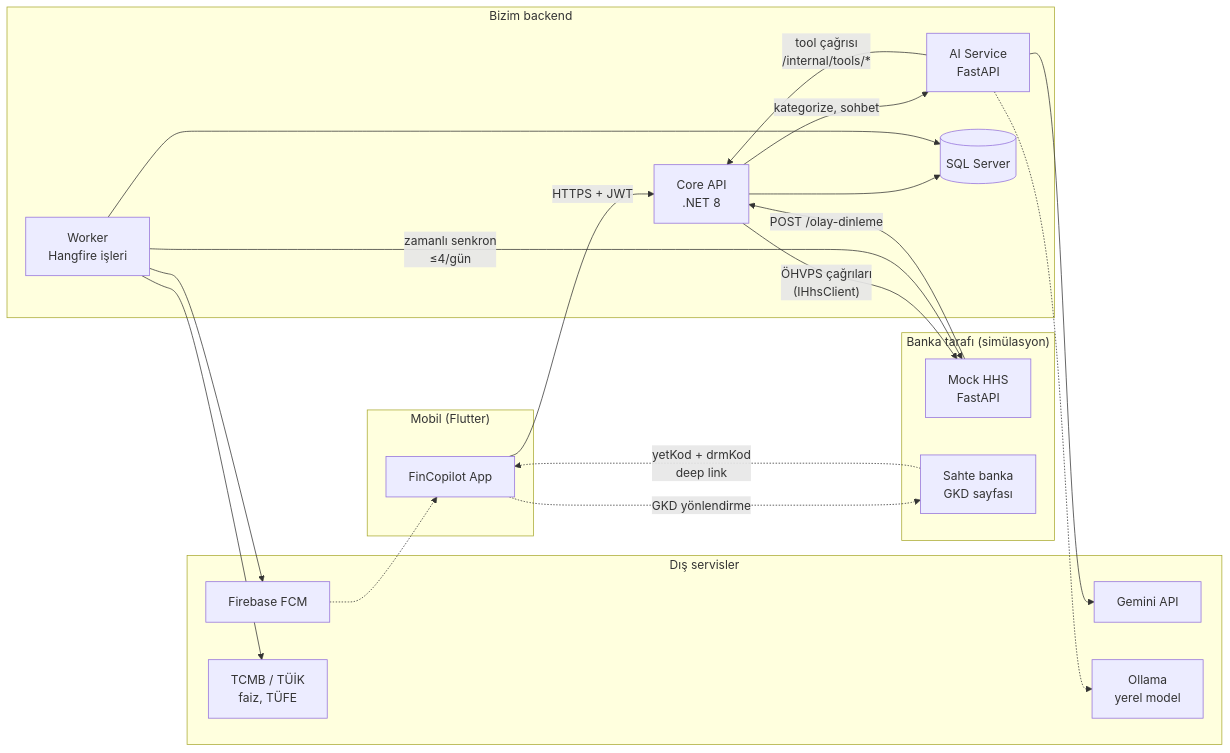
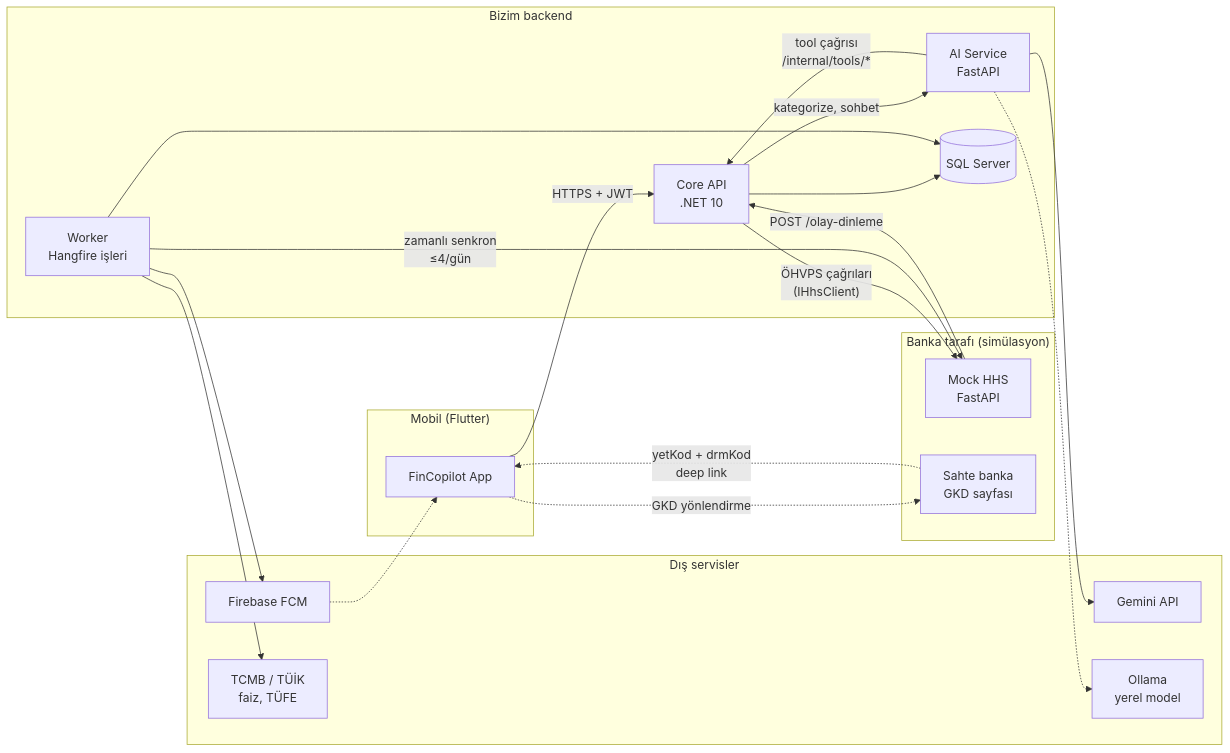
Before and after one commit to Burakhan7/FinCopilot: the first of 5 diagrams in docs/mimari.md, drawn with Mermaid. The commit also changed other lines of this file and 53 other files, not shown here.

Commit message:
api: .NET 10 solution iskeleti, ilk migration ve testler

````diff
--- a/docs/mimari.md
+++ b/docs/mimari.md
@@ -7,44 +7,44 @@
 ```mermaid
 flowchart LR
     subgraph Client["Mobil (Flutter)"]
         APP["FinCopilot App"]
     end
 
     subgraph Backend["Bizim backend"]
-        API["Core API<br/>.NET 8"]
+        API["Core API<br/>.NET 10"]
         WORKER["Worker<br/>Hangfire işleri"]
         AI["AI Service<br/>FastAPI"]
         DB[("SQL Server")]
     end
 
     subgraph Bank["Banka tarafı (simülasyon)"]
         HHS["Mock HHS<br/>FastAPI"]
         GKD["Sahte banka<br/>GKD sayfası"]
     end
 
     subgraph External["Dış servisler"]
         LLM["Gemini API"]
         OLLAMA["Ollama<br/>yerel model"]
         FCM["Firebase FCM"]
         TUIK["TCMB / TÜİK<br/>faiz, TÜFE"]
     end
 
     APP -- "HTTPS + JWT" --> API
     APP -. "GKD yönlendirme" .-> GKD
     GKD -. "yetKod + drmKod<br/>deep link" .-> APP
 
     API --> DB
     WORKER --> DB
     API -- "ÖHVPS çağrıları<br/>(IHhsClient)" --> HHS
     WORKER -- "zamanlı senkron<br/>≤4/gün" --> HHS
     HHS -- "POST /olay-dinleme" --> API
 
     API -- "kategorize, sohbet" --> AI
     AI -- "tool çağrısı<br/>/internal/tools/*" --> API
     AI --> LLM
     AI -.-> OLLAMA
 
     WORKER --> FCM
     FCM -.-> APP
     WORKER --> TUIK
 ```
````
